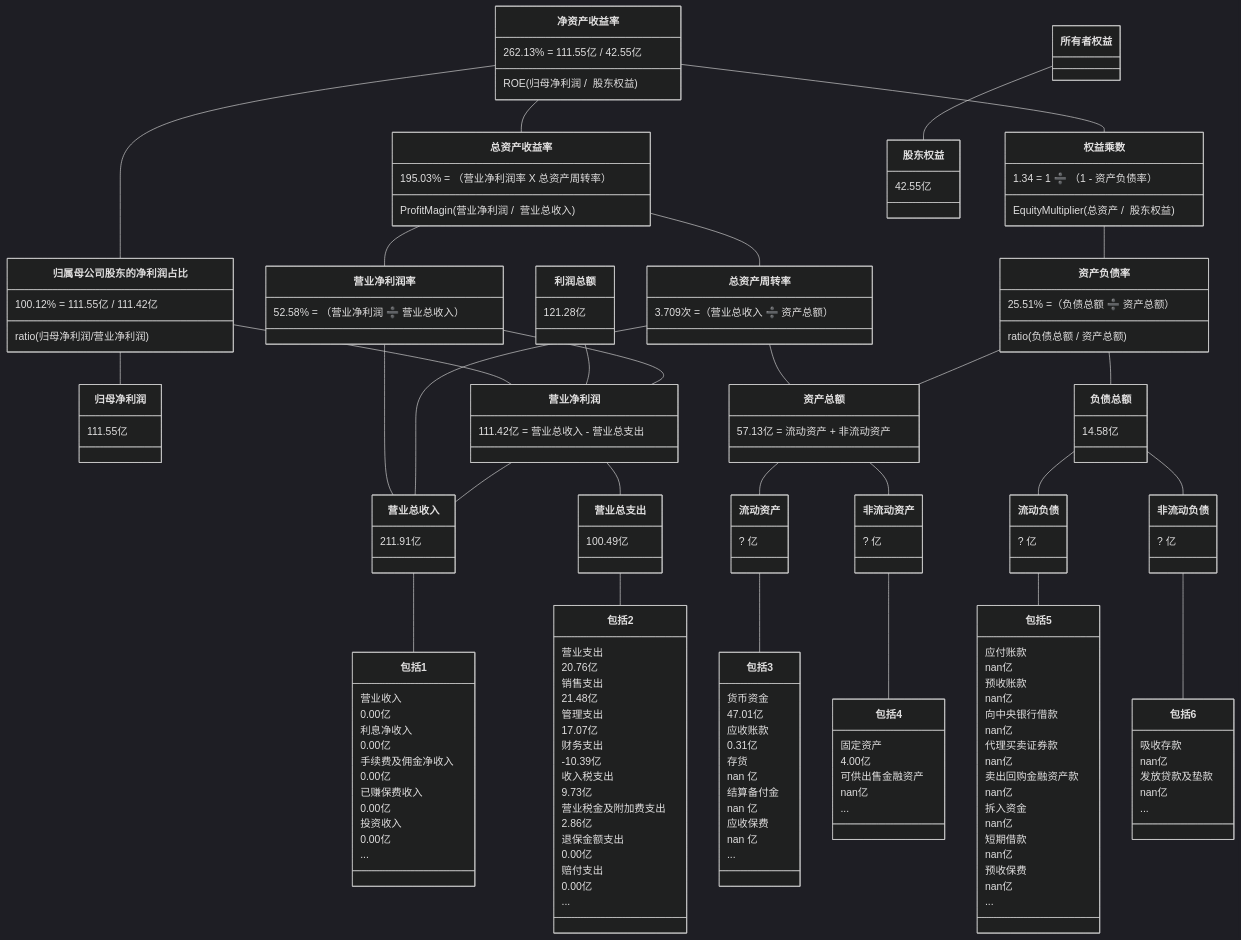
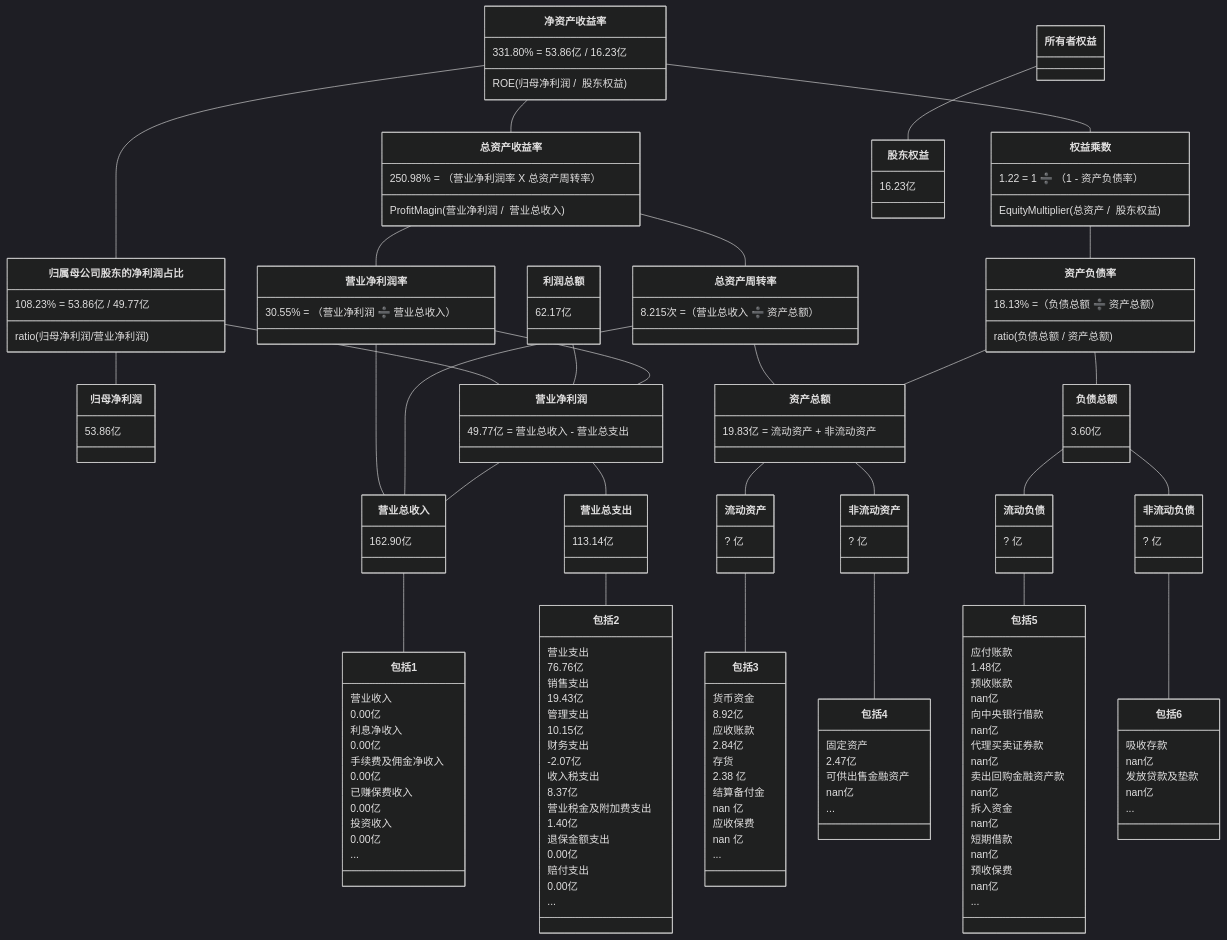
One commit to TheVeryDarkness/cs410 changed the eighth of 10 diagrams in 2/2.md. Above: the diagram before and after it, drawn with Mermaid (dark theme). The commit also changed other lines of this file and 53 other files, not shown here.

````diff
--- a/2/2.md
+++ b/2/2.md
@@ -1139,45 +1235,45 @@
 ```mermaid
 classDiagram
 净资产收益率 -- 总资产收益率
-    净资产收益率 : 262.13% = 111.55亿 / 42.55亿
+    净资产收益率 : 331.80% = 53.86亿 / 16.23亿
     净资产收益率 : ROE(归母净利润 /  股东权益)
-    总资产收益率 : 195.03% = （营业净利润率 X 总资产周转率）
+    总资产收益率 : 250.98% = （营业净利润率 X 总资产周转率）
     总资产收益率 : ProfitMagin(营业净利润 /  营业总收入)
 净资产收益率 -- 归属母公司股东的净利润占比
-	  归属母公司股东的净利润占比 : 100.12% = 111.55亿 / 111.42亿
+	  归属母公司股东的净利润占比 : 108.23% = 53.86亿 / 49.77亿
 	  归属母公司股东的净利润占比 : ratio(归母净利润/营业净利润)
 归属母公司股东的净利润占比 -- 归母净利润
-    归母净利润 : 111.55亿
+    归母净利润 : 53.86亿
 归属母公司股东的净利润占比 -- 营业净利润
-利润总额 : 121.28亿
+利润总额 : 62.17亿
 利润总额 -- 营业净利润
 净资产收益率 -- 权益乘数
-    权益乘数 : 1.34 = 1 ➗ （1 - 资产负债率）
+    权益乘数 : 1.22 = 1 ➗ （1 - 资产负债率）
     权益乘数 : EquityMultiplier(总资产 /  股东权益)
 
 总资产收益率 -- 营业净利润率
-    营业净利润率 : 52.58% = （营业净利润 ➗ 营业总收入）
+    营业净利润率 : 30.55% = （营业净利润 ➗ 营业总收入）
 总资产收益率 -- 总资产周转率
-    总资产周转率 : 3.709次 =（营业总收入 ➗ 资产总额）
+    总资产周转率 : 8.215次 =（营业总收入 ➗ 资产总额）
 权益乘数 -- 资产负债率
-    资产负债率  : 25.51% =（负债总额 ➗ 资产总额）
+    资产负债率  : 18.13% =（负债总额 ➗ 资产总额）
     资产负债率  : ratio(负债总额 / 资产总额)
 
 营业净利润率 -- 营业净利润
-    营业净利润 : 111.42亿 = 营业总收入 - 营业总支出
+    营业净利润 : 49.77亿 = 营业总收入 - 营业总支出
 营业净利润率 -- 营业总收入
 总资产周转率 -- 营业总收入
 总资产周转率 -- 资产总额
-    资产总额 : 57.13亿 = 流动资产 + 非流动资产
+    资产总额 : 19.83亿 = 流动资产 + 非流动资产
 资产负债率 -- 负债总额
-    负债总额 : 14.58亿
+    负债总额 : 3.60亿
 资产负债率 -- 资产总额
 
 
 营业净利润 -- 营业总收入
-    营业总收入 : 211.91亿
+    营业总收入 : 162.90亿
 营业净利润 -- 营业总支出
-    营业总支出 : 100.49亿
+    营业总支出 : 113.14亿
 资产总额 -- 流动资产
 	  流动资产 : ? 亿
 资产总额 -- 非流动资产
@@ -1201,17 +1297,17 @@
     包括1 : ...
 营业总支出 -- 包括2
     包括2 : 营业支出
-    包括2 : 20.76亿
+    包括2 : 76.76亿
     包括2 : 销售支出
-    包括2 : 21.48亿
+    包括2 : 19.43亿
     包括2 : 管理支出
-    包括2 : 17.07亿
+    包括2 : 10.15亿
     包括2 : 财务支出
-    包括2 : -10.39亿
+    包括2 : -2.07亿
     包括2 : 收入税支出
-    包括2 : 9.73亿
+    包括2 : 8.37亿
     包括2 : 营业税金及附加费支出
-    包括2 : 2.86亿
+    包括2 : 1.40亿
     包括2 : 退保金额支出
     包括2 : 0.00亿
     包括2 : 赔付支出
@@ -1219,11 +1315,11 @@
     包括2 : ...
 流动资产 -- 包括3
     包括3 : 货币资金
-    包括3 : 47.01亿
+    包括3 : 8.92亿
     包括3 : 应收账款
-    包括3 : 0.31亿
+    包括3 : 2.84亿
     包括3 : 存货
-    包括3 : nan 亿
+    包括3 : 2.38 亿
     包括3 : 结算备付金
     包括3 : nan 亿
     包括3 : 应收保费
@@ -1231,13 +1327,13 @@
     包括3 : ...
 非流动资产 -- 包括4
     包括4 : 固定资产
-    包括4 : 4.00亿
+    包括4 : 2.47亿
     包括4 : 可供出售金融资产
     包括4 : nan亿
     包括4 : ...
 流动负债 -- 包括5
     包括5 : 应付账款
-    包括5 : nan亿
+    包括5 : 1.48亿
     包括5 : 预收账款
     包括5 : nan亿
     包括5 : 向中央银行借款
@@ -1260,5 +1356,5 @@
     包括6 : nan亿
     包括6 : ...
 所有者权益 -- 股东权益
-    股东权益 : 42.55亿
+    股东权益 : 16.23亿
 ```
````
